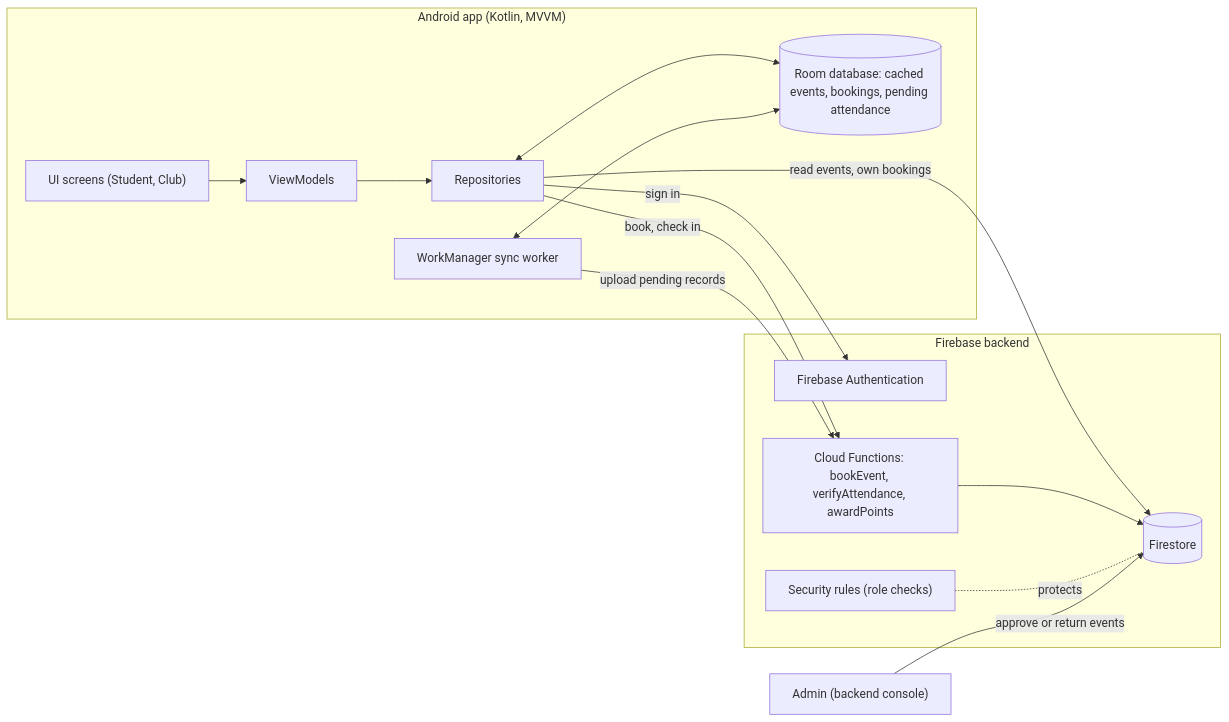
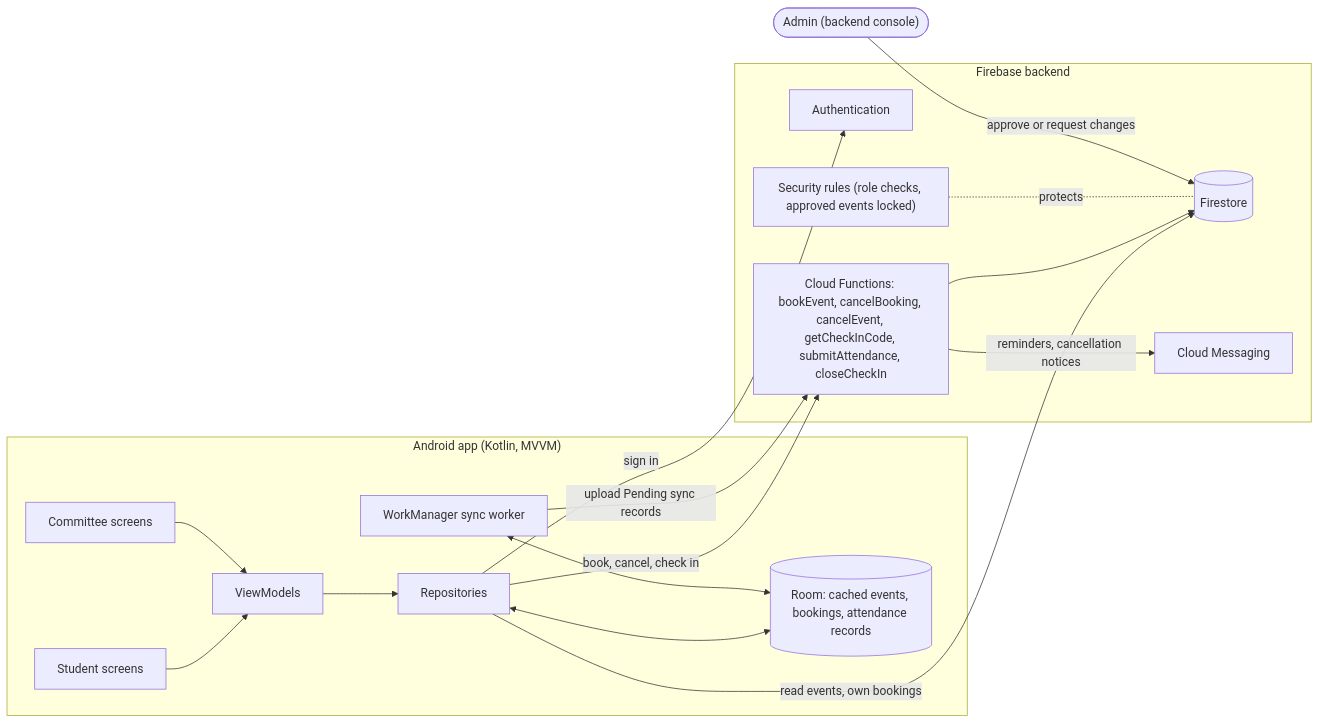
One commit to k31k1w0n9/Group-M-sCPD-Tracker changed the second of 9 diagrams in README.md. Above: the diagram before and after it, drawn with Mermaid. The commit also changed other lines of this file, not shown here.

First line of the commit message:
Revise technical design and attendance processes in README

````diff
--- a/README.md
+++ b/README.md
@@ -129,27 +175,32 @@
 ```mermaid
 flowchart LR
   subgraph Device["Android app (Kotlin, MVVM)"]
-    UI["UI screens (Student, Club)"]
+    UIS["Student screens"]
+    UIC["Committee screens"]
     VM["ViewModels"]
     Repo["Repositories"]
-    Room[("Room database: cached events, bookings, pending attendance")]
+    Room[("Room: cached events, bookings, attendance records")]
     Sync["WorkManager sync worker"]
-    UI --> VM --> Repo
+    UIS --> VM
+    UIC --> VM
+    VM --> Repo
     Repo <--> Room
     Sync <--> Room
   end
   subgraph Backend["Firebase backend"]
-    Auth["Firebase Authentication"]
+    Auth["Authentication"]
     FS[("Firestore")]
-    CF["Cloud Functions: bookEvent, verifyAttendance, awardPoints"]
-    Rules["Security rules (role checks)"]
+    CF["Cloud Functions: bookEvent, cancelBooking, cancelEvent, getCheckInCode, submitAttendance, closeCheckIn"]
+    Rules["Security rules (role checks, approved events locked)"]
+    FCM["Cloud Messaging"]
   end
-  Admin["Admin (backend console)"]
+  Admin(["Admin (backend console)"])
   Repo -->|sign in| Auth
   Repo -->|read events, own bookings| FS
-  Repo -->|book, check in| CF
-  Sync -->|upload pending records| CF
+  Repo -->|book, cancel, check in| CF
+  Sync -->|upload Pending sync records| CF
   CF --> FS
+  CF -->|reminders, cancellation notices| FCM
   Rules -.protects.- FS
-  Admin -->|approve or return events| FS
+  Admin -->|approve or request changes| FS
 ```
````
